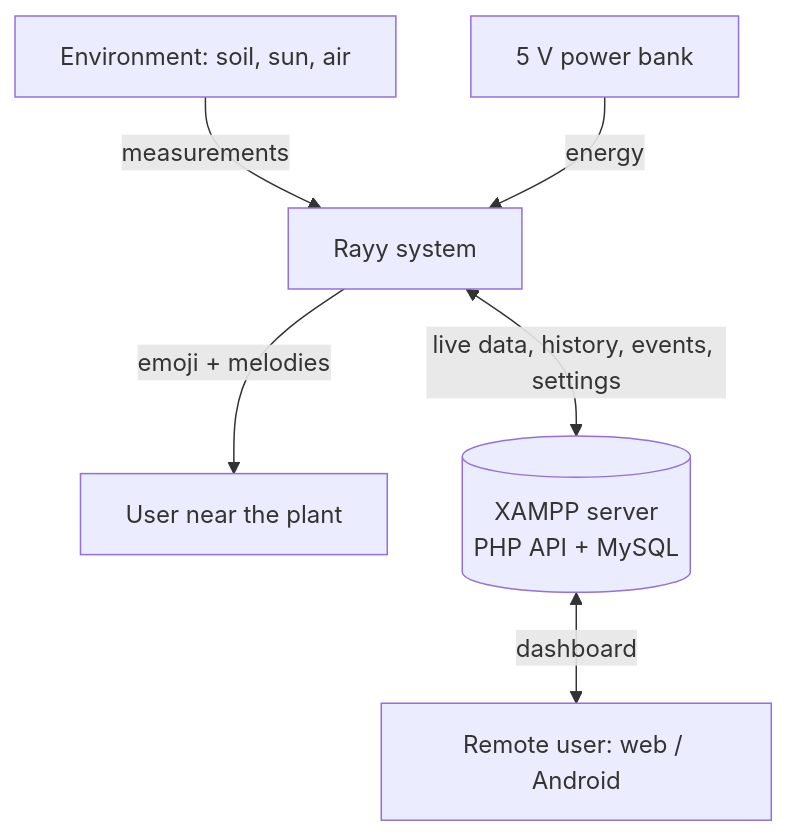
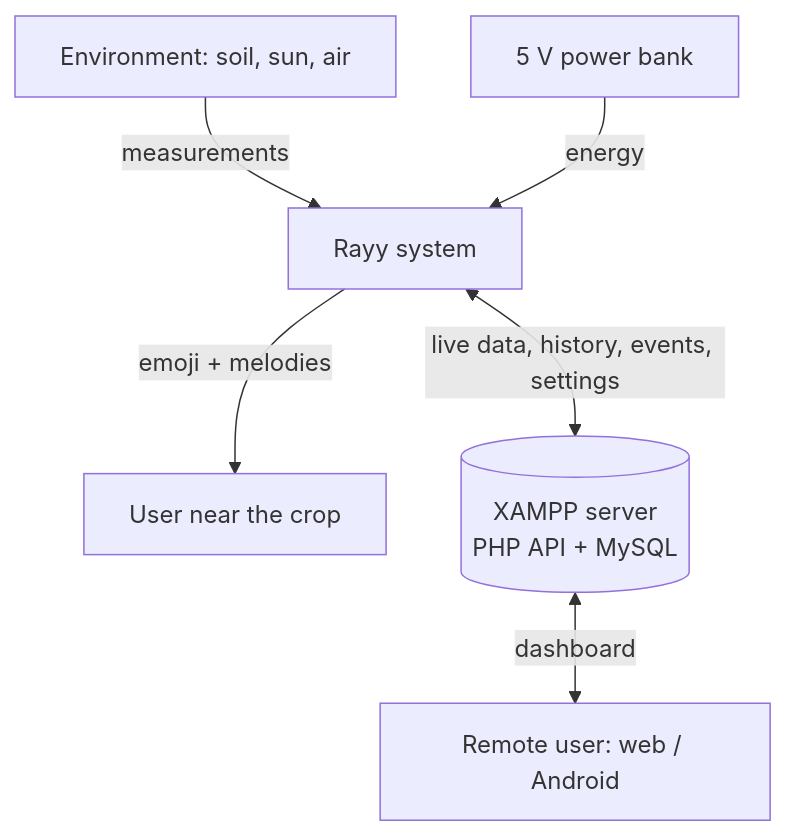
One commit to HassanDiab95/CLAUDE changed the third of 3 diagrams in rayy-mysql/docs/01-requirements.md. Above: the diagram before and after it, drawn with Mermaid. The commit also changed other lines of this file and 75 other files, not shown here.

````diff
--- a/rayy-mysql/docs/01-requirements.md
+++ b/rayy-mysql/docs/01-requirements.md
@@ -133,8 +242,8 @@
 ```mermaid
 flowchart TB
   ENV[Environment: soil, sun, air] -->|measurements| SYS[Rayy system]
   PWR[5 V power bank] -->|energy| SYS
-  SYS -->|emoji + melodies| USER[User near the plant]
+  SYS -->|emoji + melodies| USER[User near the crop]
   SYS <-->|live data, history, events, settings| CLOUD[(XAMPP server<br/>PHP API + MySQL)]
   CLOUD <-->|dashboard| REMOTE[Remote user: web / Android]
 ```
````
